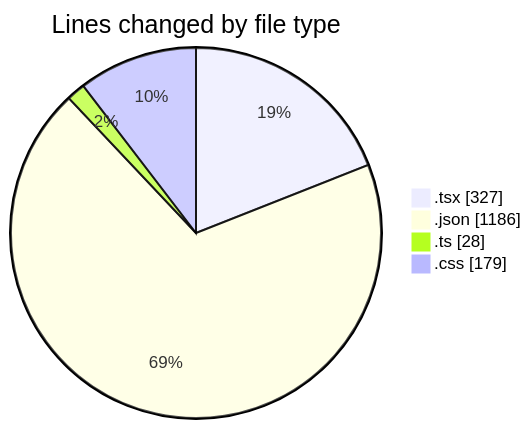
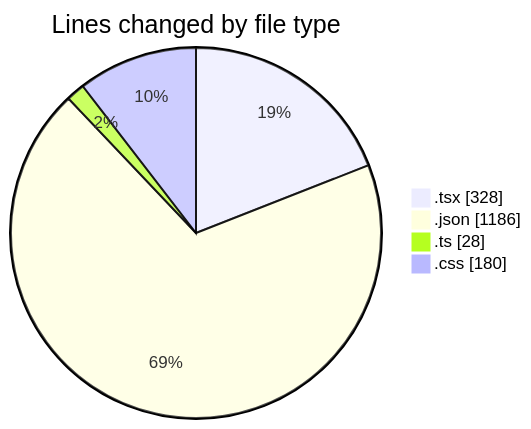
One commit to EIIisD/code-tracking changed the first of 2 diagrams in 2025-08-04/tw-server/README.md. Above: the diagram before and after it, drawn with Mermaid. The commit also changed other lines of this file and 1 other file, not shown here.

````diff
--- a/2025-08-04/tw-server/README.md
+++ b/2025-08-04/tw-server/README.md
@@ -26,8 +26,8 @@
 ```mermaid
 pie showData
 title Lines changed by file type
-".tsx" : 327
+".tsx" : 328
 ".json" : 1186
 ".ts" : 28
-".css" : 179
+".css" : 180
 ```
````
